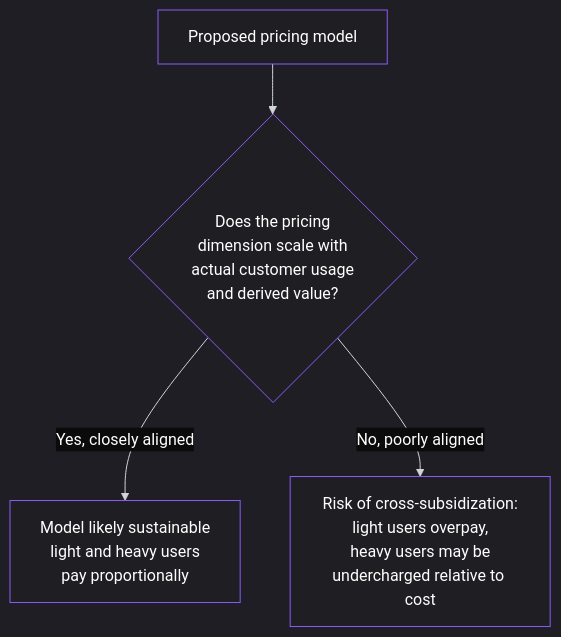
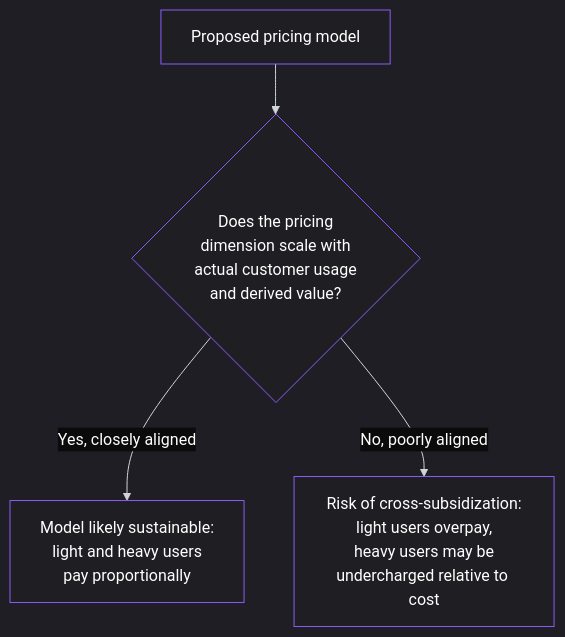
The second of 2 diagrams in content/lessons/lesson-048.md (pmacademy-app/web), drawn with Mermaid before and after one commit. The commit also changed other lines of this file and 275 other files, not shown here.

````diff
--- a/content/lessons/lesson-048.md
+++ b/content/lessons/lesson-048.md
@@ -139,36 +139,36 @@
 ```mermaid
 %%{init: {
   "theme": "dark",
   "themeVariables": {
     "background": "#0b0b0c",
     "primaryColor": "#1f1f23",
     "primaryTextColor": "#ffffff",
     "primaryBorderColor": "#8b5cf6",
     "lineColor": "#d1d5db",
     "secondaryColor": "#18181b",
     "tertiaryColor": "#111111",
     "mainBkg": "#1f1f23",
     "nodeBorder": "#8b5cf6",
     "clusterBkg": "#000000",
     "clusterBorder": "#27272a",
     "titleColor": "#ffffff",
     "edgeLabelBackground": "#0b0b0c",
     "nodeTextColor": "#ffffff",
     "edgeLabelColor": "#ffffff",
     "actorBorder": "#8b5cf6",
     "actorBkg": "#1f1f23",
     "actorTextColor": "#ffffff",
     "sequenceNumberColor": "#ffffff",
     "signalColor": "#8b5cf6",
     "signalTextColor": "#ffffff",
     "textColor": "#ffffff",
     "classText": "#ffffff",
     "classBorder": "#8b5cf6",
     "classBkg": "#1f1f23"
   }
 }}%%
 graph TD
     A[Proposed pricing model] --> B{Does the pricing<br/>dimension scale with<br/>actual customer usage<br/>and derived value?}
-    B -->|Yes, closely aligned| C[Model likely sustainable <br/>light and heavy users<br/>pay proportionally]
+    B -->|Yes, closely aligned| C[Model likely sustainable: <br/>light and heavy users<br/>pay proportionally]
     B -->|No, poorly aligned| D[Risk of cross-subsidization:<br/>light users overpay,<br/>heavy users may be<br/>undercharged relative to cost]
 ```
````
